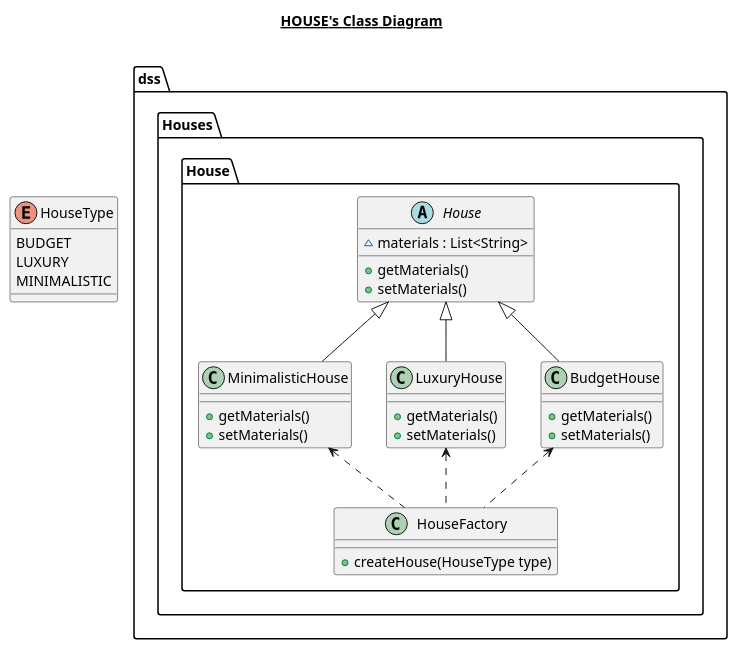
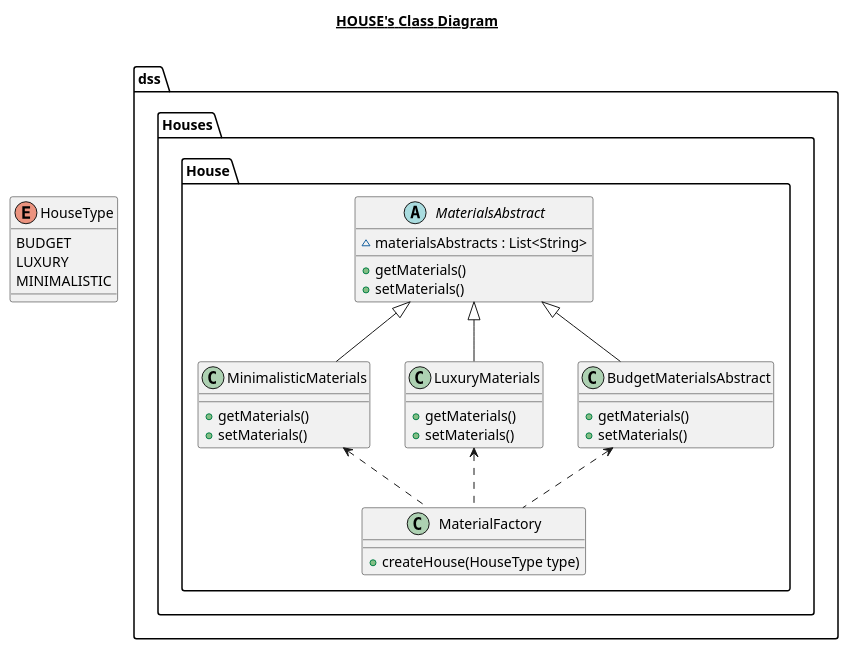
One commit to ktvcv/PracticeOfPatterns changed the diagram in src/dss/Houses/House/uml/House.plantuml. Above: the diagram before and after it, drawn with PlantUML. The commit also changed 11 other files, not shown here.

```diff
--- a/src/dss/Houses/House/uml/House.plantuml
+++ b/src/dss/Houses/House/uml/House.plantuml
@@ -1,48 +1,48 @@
 @startuml
 
 title __HOUSE's Class Diagram__\n
 
-        class dss.Houses.House.BudgetHouse {
+        class dss.Houses.House.BudgetMaterialsAbstract {
             + getMaterials()
             + setMaterials()
         }
 
 
-        abstract class dss.Houses.House.House {
-            ~ materials : List<String>
+        abstract class dss.Houses.House.MaterialsAbstract {
+            ~ materialsAbstracts : List<String>
             + getMaterials()
             + setMaterials()
         }
 
 
-        class dss.Houses.House.HouseFactory {
+        class dss.Houses.House.MaterialFactory {
             + createHouse(HouseType type)
         }
 
 
         enum HouseType {
           BUDGET
           LUXURY
           MINIMALISTIC
         }
 
-        class dss.Houses.House.LuxuryHouse {
+        class dss.Houses.House.LuxuryMaterials {
             + getMaterials()
             + setMaterials()
         }
 
 
-        class dss.Houses.House.MinimalisticHouse {
+        class dss.Houses.House.MinimalisticMaterials {
             + getMaterials()
             + setMaterials()
         }
 
-  dss.Houses.House.BudgetHouse -up-|> dss.Houses.House.House
-  dss.Houses.House.LuxuryHouse -up-|> dss.Houses.House.House
-  dss.Houses.House.MinimalisticHouse -up-|> dss.Houses.House.House
-  dss.Houses.House.HouseFactory .up.> dss.Houses.House.BudgetHouse
-  dss.Houses.House.HouseFactory .up.> dss.Houses.House.LuxuryHouse
-  dss.Houses.House.HouseFactory .up.> dss.Houses.House.MinimalisticHouse
+  dss.Houses.House.BudgetMaterialsAbstract -up-|> dss.Houses.House.MaterialsAbstract
+  dss.Houses.House.LuxuryMaterials -up-|> dss.Houses.House.MaterialsAbstract
+  dss.Houses.House.MinimalisticMaterials -up-|> dss.Houses.House.MaterialsAbstract
+  dss.Houses.House.MaterialFactory .up.> dss.Houses.House.BudgetMaterialsAbstract
+  dss.Houses.House.MaterialFactory .up.> dss.Houses.House.LuxuryMaterials
+  dss.Houses.House.MaterialFactory .up.> dss.Houses.House.MinimalisticMaterials
 
 
 @enduml
```
